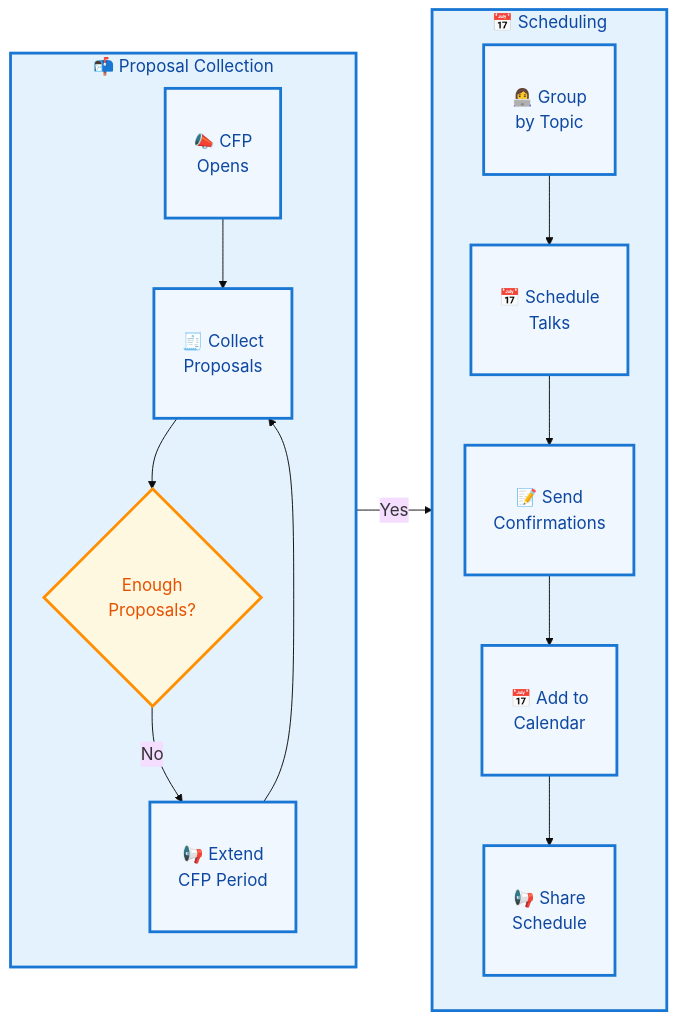
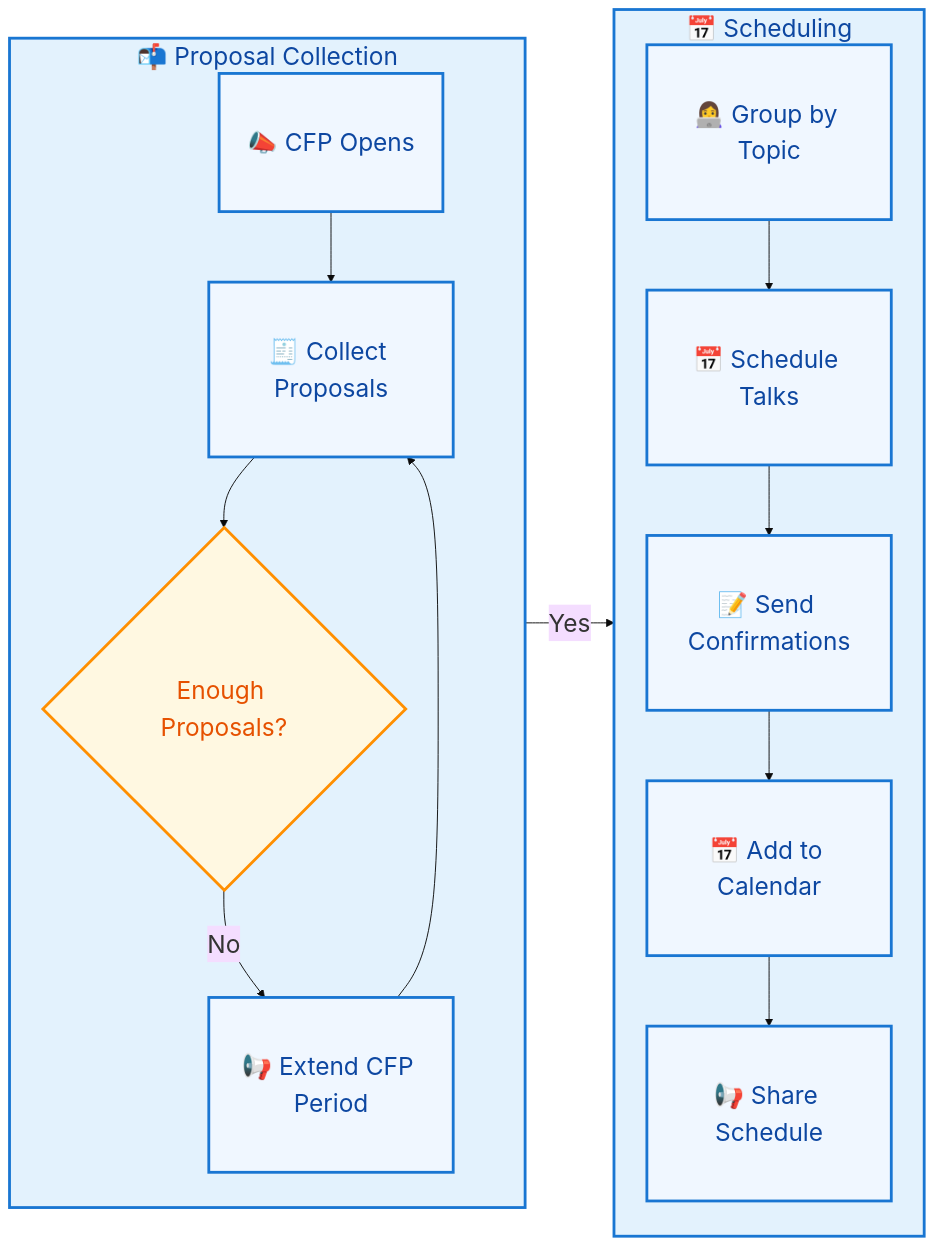
Before and after one commit to CBID2/VC-Community-Docs: the second of 5 diagrams in docs/lightning-talks/processes/project-workflow.md, drawn with Mermaid. The commit also changed other lines of this file, not shown here.

Commit message:
Update Lightning Talks workflow with improved Mermaid diagrams and mobile-friendly styling

````diff
--- a/docs/lightning-talks/processes/project-workflow.md
+++ b/docs/lightning-talks/processes/project-workflow.md
@@ -74,35 +89,35 @@
 ```mermaid
-%%{init: {'theme':'base', 'themeVariables': {'fontSize':'18px', 'fontFamily':'arial'}}}%%
+%%{init: {'theme':'base', 'themeVariables': {'fontSize':'26px', 'fontFamily':'arial'}}}%%
 flowchart LR
   %% Left Column - Proposal Collection
   subgraph A["📬 Proposal Collection"]
     direction TB
-    A1["📣 CFP<br/>Opens"]
-    A2["🧾 Collect<br/>Proposals"]
-    A3{"Enough<br/>Proposals?"}
-    A4["📢 Extend<br/>CFP Period"]
+    A1["📣 CFP Opens"]
+    A2["🧾 Collect Proposals"]
+    A3{"Enough Proposals?"}
+    A4["📢 Extend CFP Period"]
     A1 --> A2 --> A3
     A3 -- No --> A4 --> A2
   end
 
   %% Right Column - Scheduling
   subgraph B["📅 Scheduling"]
     direction TB
-    B1["👩‍💻 Group<br/>by Topic"]
-    B2["📅 Schedule<br/>Talks"]
-    B3["📝 Send<br/>Confirmations"]
-    B4["📅 Add to<br/>Calendar"]
-    B5["📢 Share<br/>Schedule"]
+    B1["👩‍💻 Group by Topic"]
+    B2["📅 Schedule Talks"]
+    B3["📝 Send Confirmations"]
+    B4["📅 Add to Calendar"]
+    B5["📢 Share Schedule"]
     B1 --> B2 --> B3 --> B4 --> B5
   end
 
   %% Flow between columns
   A3 -- Yes --> B1
 
   %% Styling
   classDef default fill:#f0f7ff,stroke:#1976d2,stroke-width:3px,color:#0d47a1,padding:15px;
   classDef process fill:#e3f2fd,stroke:#1976d2,stroke-width:3px,color:#0d47a1;
   classDef decision fill:#fff8e1,stroke:#ff8f00,stroke-width:3px,color:#e65100;
   class A,B process;
   class A3 decision;
 ```
````
